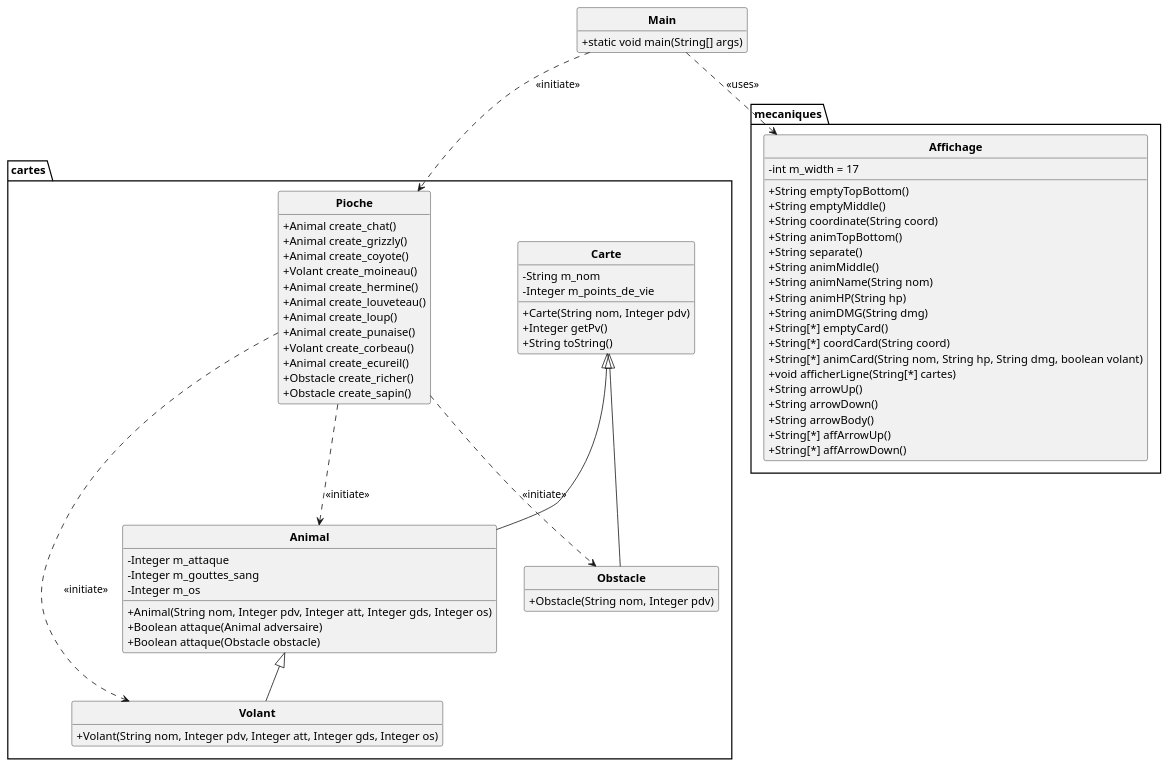
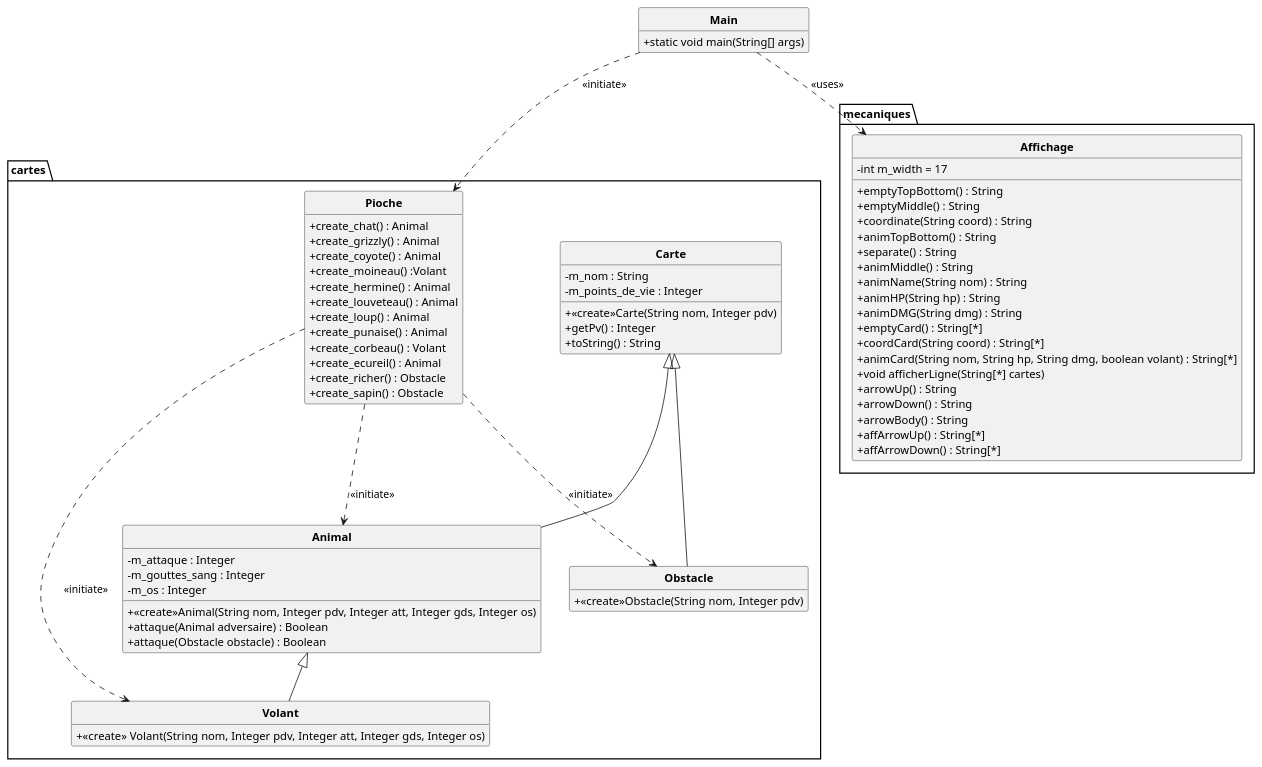
One commit to 3RZ4-L/projet_Inscryption changed the diagram in uml/semaine1.puml. Above: the diagram before and after it, drawn with PlantUML.

Commit message:
Corrections uml

```diff
--- a/uml/semaine1.puml
+++ b/uml/semaine1.puml
@@ -1,84 +1,84 @@
 @startuml
 
 skinparam classAttributeIconSize 0
 skinparam classFontStyle Bold
 skinparam style strictuml
 hide empty members
 
 package cartes {
     class Carte {
-        -String m_nom
-        -Integer m_points_de_vie
-        +Carte(String nom, Integer pdv)
-        +Integer getPv()
-        +String toString()
+        -m_nom : String
+        -m_points_de_vie : Integer
+        +<<create>>Carte(String nom, Integer pdv)
+        +getPv() : Integer
+        +toString() : String
     }
 
     class Animal extends Carte{
-        -Integer m_attaque
-        -Integer m_gouttes_sang
-        -Integer m_os
-        +Animal(String nom, Integer pdv, Integer att, Integer gds, Integer os)
-        +Boolean attaque(Animal adversaire)
-        +Boolean attaque(Obstacle obstacle)
+        -m_attaque : Integer
+        -m_gouttes_sang : Integer
+        -m_os : Integer
+        +<<create>>Animal(String nom, Integer pdv, Integer att, Integer gds, Integer os)
+        +attaque(Animal adversaire) : Boolean
+        +attaque(Obstacle obstacle) : Boolean
     }
 
     class Volant extends Animal{
-        +Volant(String nom, Integer pdv, Integer att, Integer gds, Integer os)
+        +<<create>> Volant(String nom, Integer pdv, Integer att, Integer gds, Integer os)
     }
 
     class Obstacle extends Carte{
-        +Obstacle(String nom, Integer pdv)
+        +<<create>>Obstacle(String nom, Integer pdv)
     }
 
     class Pioche {
-        +Animal create_chat()
-        +Animal create_grizzly()
-        +Animal create_coyote()
-        +Volant create_moineau()
-        +Animal create_hermine()
-        +Animal create_louveteau()
-        +Animal create_loup()
-        +Animal create_punaise()
-        +Volant create_corbeau()
-        +Animal create_ecureil()
-        +Obstacle create_richer()
-        +Obstacle create_sapin()
+        +create_chat() : Animal
+        +create_grizzly() : Animal
+        +create_coyote() : Animal
+        +create_moineau() :Volant
+        +create_hermine() : Animal
+        +create_louveteau() : Animal
+        +create_loup() : Animal
+        +create_punaise() : Animal
+        +create_corbeau() : Volant
+        +create_ecureil() : Animal
+        +create_richer() : Obstacle
+        +create_sapin() : Obstacle
     }
 }
 
 package mecaniques {
     class Affichage {
         -int m_width = 17
-        +String emptyTopBottom()
-        +String emptyMiddle()
-        +String coordinate(String coord)
-        +String animTopBottom()
-        +String separate()
-        +String animMiddle()
-        +String animName(String nom)
-        +String animHP(String hp)
-        +String animDMG(String dmg)
-        +String[*] emptyCard()
-        +String[*] coordCard(String coord)
-        +String[*] animCard(String nom, String hp, String dmg, boolean volant)
+        +emptyTopBottom() : String
+        +emptyMiddle() : String
+        +coordinate(String coord) : String
+        +animTopBottom() : String
+        +separate() : String
+        +animMiddle() : String
+        +animName(String nom) : String
+        +animHP(String hp) : String
+        +animDMG(String dmg) : String
+        +emptyCard() : String[*]
+        +coordCard(String coord) : String[*]
+        +animCard(String nom, String hp, String dmg, boolean volant) : String[*]
         +void afficherLigne(String[*] cartes)
-        +String arrowUp()
-        +String arrowDown()
-        +String arrowBody()
-        +String[*] affArrowUp()
-        +String[*] affArrowDown()
+        +arrowUp() : String
+        +arrowDown() : String
+        +arrowBody() : String
+        +affArrowUp() : String[*]
+        +affArrowDown() : String[*]
     }
 }
 
 class Main {
     +static void main(String[] args)
 }
 
 Main ..> Pioche : <<initiate>>
 Main ..> Affichage : <<uses>>
 Pioche ..> Animal : <<initiate>>
 Pioche ..> Obstacle : <<initiate>>
 Pioche ..> Volant : <<initiate>>
 
 @enduml
```
